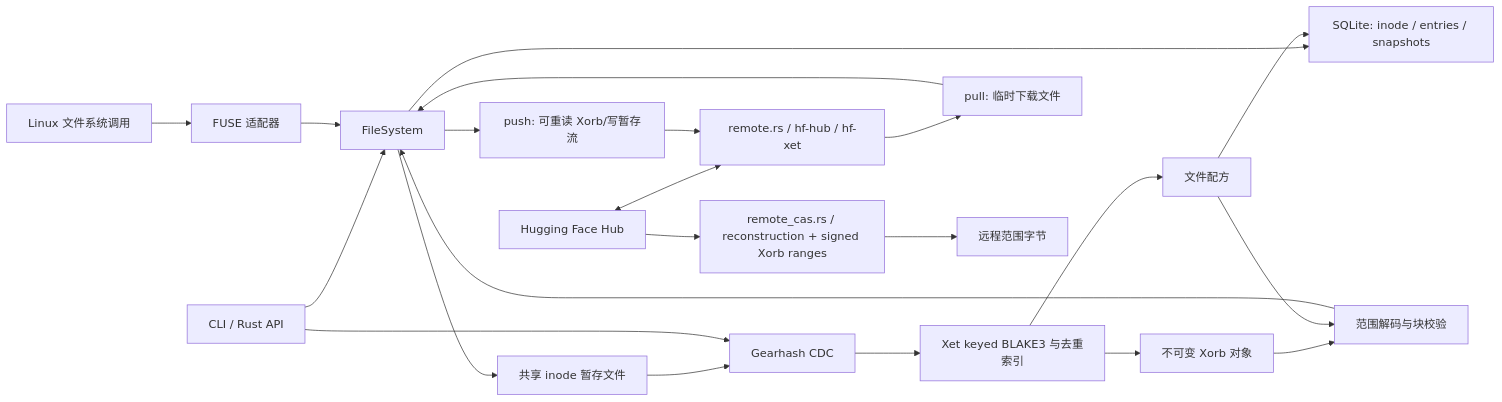
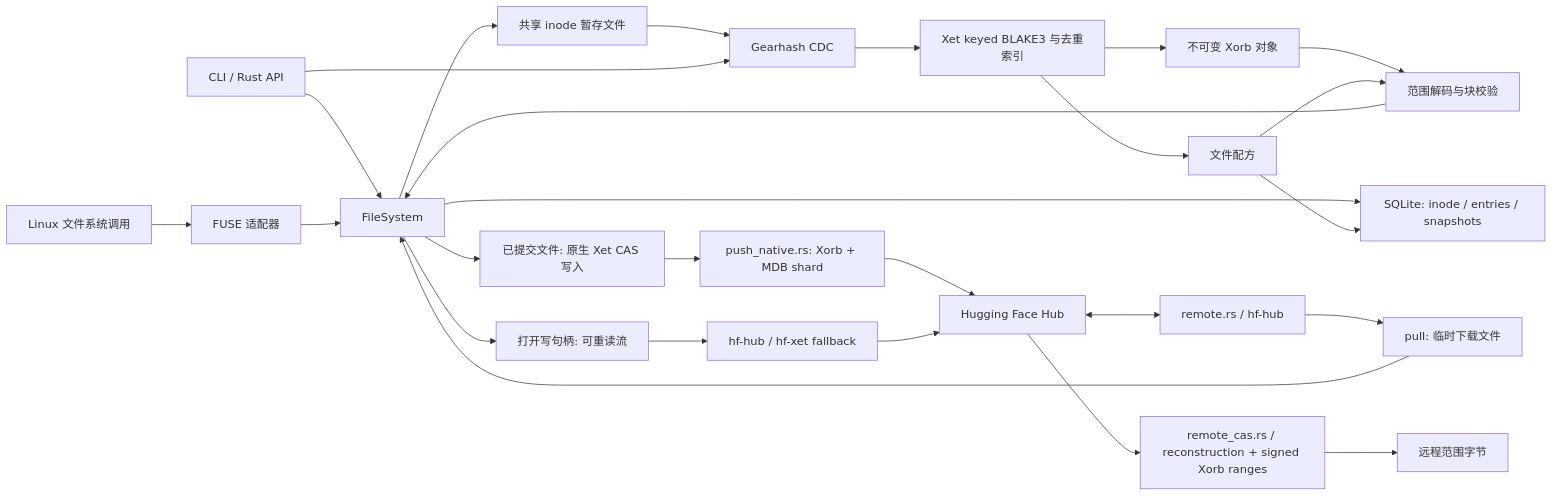
Before and after one commit to trotsky1997/xetfs: the diagram in ARCHITECTURE.md, drawn with Mermaid. The commit also changed other lines of this file and 11 other files, not shown here.

Commit message:
Implement native Hugging Face Xet CAS writes

````diff
--- a/ARCHITECTURE.md
+++ b/ARCHITECTURE.md
@@ -7,24 +7,28 @@
 ```mermaid
 flowchart LR
   A[Linux 文件系统调用] --> B[FUSE 适配器]
   C[CLI / Rust API] --> D[FileSystem]
   B --> D
   D --> E[共享 inode 暂存文件]
   E --> F[Gearhash CDC]
   C --> F
   F --> G[Xet keyed BLAKE3 与去重索引]
   G --> H[不可变 Xorb 对象]
   G --> I[文件配方]
   D --> J[SQLite: inode / entries / snapshots]
   I --> J
   H --> K[范围解码与块校验]
   I --> K
   K --> D
-  L[Hugging Face Hub] <--> M[remote.rs / hf-hub / hf-xet]
+  L[Hugging Face Hub] <--> M[remote.rs / hf-hub]
   M --> N[pull: 临时下载文件]
   N --> D
-  D --> Q[push: 可重读 Xorb/写暂存流]
-  Q --> M
+  D --> Q[已提交文件: 原生 Xet CAS 写入]
+  Q --> R[push_native.rs: Xorb + MDB shard]
+  R --> L
+  D --> S[打开写句柄: 可重读流]
+  S --> T[hf-hub / hf-xet fallback]
+  T --> L
   L --> O[remote_cas.rs / reconstruction + signed Xorb ranges]
   O --> P[远程范围字节]
 ```
````
